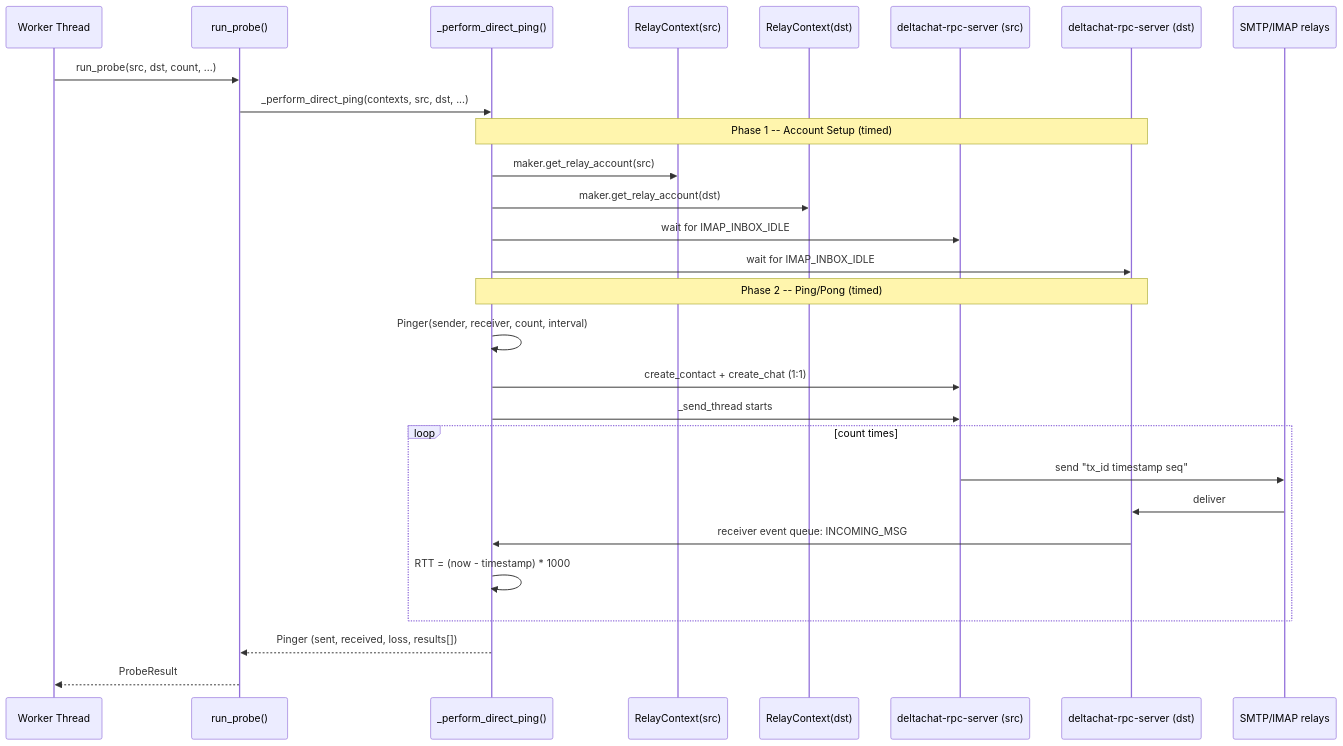
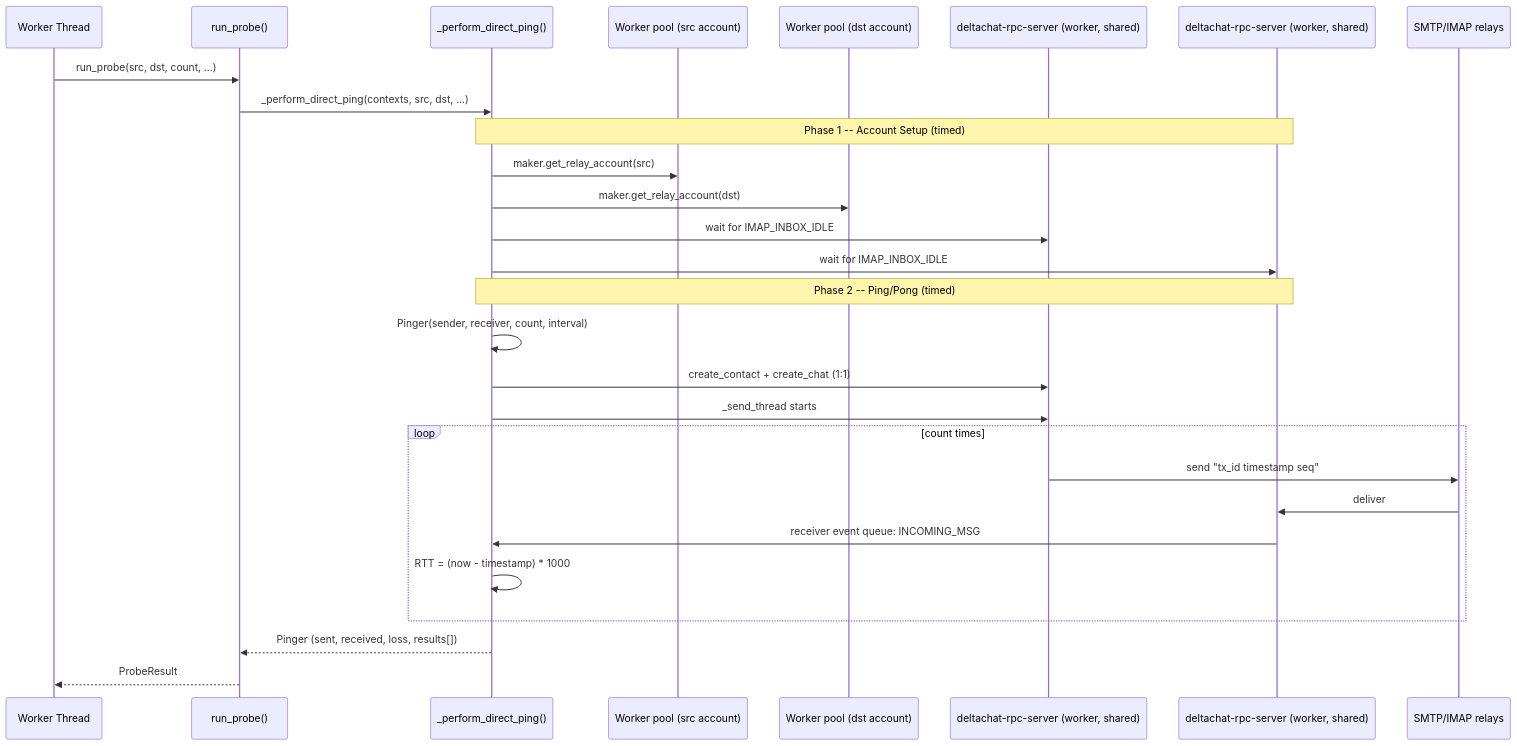
The second of 3 diagrams in TECHNICAL.md (j4n/chatmail-prober), drawn with Mermaid before and after one commit. The commit also changed other lines of this file and 8 other files, not shown here.

First line of the commit message:
feat: consolidate to one rpc-server per RelayPool

````diff
--- a/TECHNICAL.md
+++ b/TECHNICAL.md
@@ -134,34 +136,34 @@
 ```mermaid
 sequenceDiagram
     participant W as Worker Thread
     participant RP as run_probe()
     participant PP as _perform_direct_ping()
-    participant RPC1 as RelayContext(src)
-    participant RPC2 as RelayContext(dst)
-    participant DC1 as deltachat-rpc-server (src)
-    participant DC2 as deltachat-rpc-server (dst)
+    participant RPC1 as Worker pool (src account)
+    participant RPC2 as Worker pool (dst account)
+    participant DC1 as deltachat-rpc-server (worker, shared)
+    participant DC2 as deltachat-rpc-server (worker, shared)
     participant SM as SMTP/IMAP relays
 
     W->>RP: run_probe(src, dst, count, ...)
     RP->>PP: _perform_direct_ping(contexts, src, dst, ...)
 
     Note over PP,DC2: Phase 1 -- Account Setup (timed)
     PP->>RPC1: maker.get_relay_account(src)
     PP->>RPC2: maker.get_relay_account(dst)
     PP->>DC1: wait for IMAP_INBOX_IDLE
     PP->>DC2: wait for IMAP_INBOX_IDLE
 
     Note over PP,DC2: Phase 2 -- Ping/Pong (timed)
     PP->>PP: Pinger(sender, receiver, count, interval)
     PP->>DC1: create_contact + create_chat (1:1)
     PP->>DC1: _send_thread starts
     loop count times
         DC1->>SM: send "tx_id timestamp seq"
         SM->>DC2: deliver
         DC2->>PP: receiver event queue: INCOMING_MSG
         PP->>PP: RTT = (now - timestamp) * 1000
     end
 
     PP-->>RP: Pinger (sent, received, loss, results[])
     RP-->>W: ProbeResult
 ```
````
